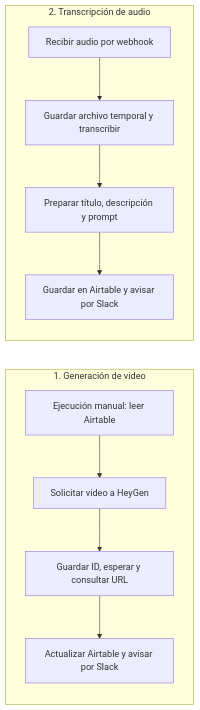
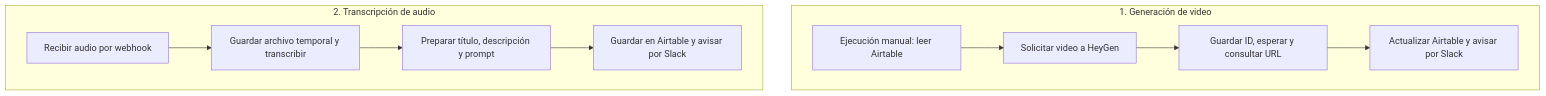
One commit to rashidzuain/privacidad-proyect-one changed the diagram in README.md. Above: the diagram before and after it, drawn with Mermaid.

Commit message:
docs: mejorar la distribución del esquema de flujos

````diff
--- a/README.md
+++ b/README.md
@@ -23,15 +23,15 @@
 ```mermaid
-flowchart LR
+flowchart TB
     subgraph video["1. Generación de video"]
-        direction TB
+        direction LR
         V1["Ejecución manual: leer Airtable"] --> V2["Solicitar video a HeyGen"]
         V2 --> V3["Guardar ID, esperar y consultar URL"]
         V3 --> V4["Actualizar Airtable y avisar por Slack"]
     end
     subgraph audio["2. Transcripción de audio"]
-        direction TB
+        direction LR
         A1["Recibir audio por webhook"] --> A2["Guardar archivo temporal y transcribir"]
         A2 --> A3["Preparar título, descripción y prompt"]
         A3 --> A4["Guardar en Airtable y avisar por Slack"]
     end
 ```
````
